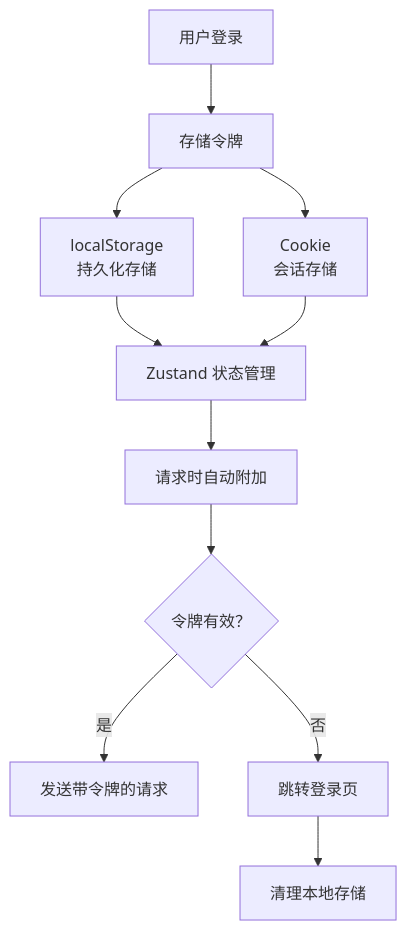
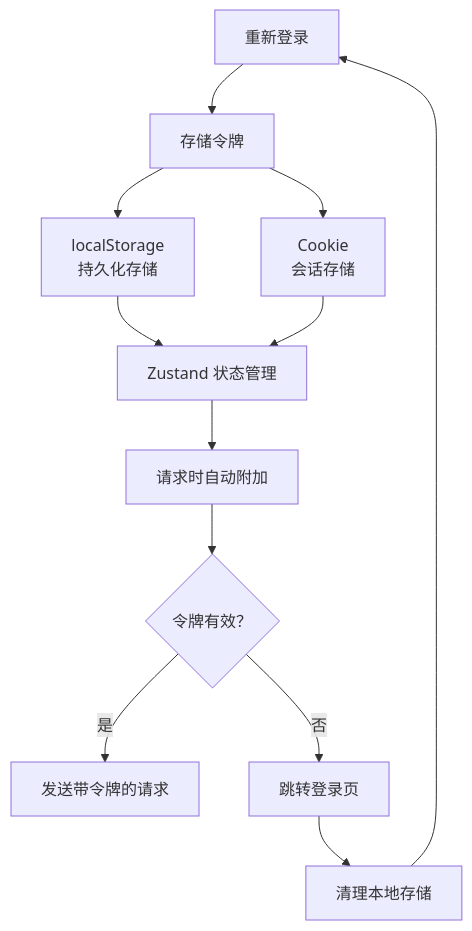
Before and after one commit to gujialind/InvestRing: the fourth of 9 diagrams in .qoder/repowiki/zh/content/前端应用架构/状态管理策略/API 客户端设计.md, drawn with Mermaid. The commit also changed other lines of this file and 65 other files, not shown here.

````diff
--- a/.qoder/repowiki/zh/content/前端应用架构/状态管理策略/API 客户端设计.md
+++ b/.qoder/repowiki/zh/content/前端应用架构/状态管理策略/API 客户端设计.md
@@ -230,13 +260,14 @@
 ```mermaid
 flowchart TD
 Login["用户登录"] --> StoreToken["存储令牌"]
 StoreToken --> LocalStorage["localStorage<br/>持久化存储"]
 StoreToken --> Cookie["Cookie<br/>会话存储"]
 LocalStorage --> AuthStore["Zustand 状态管理"]
 Cookie --> AuthStore
 AuthStore --> Request["请求时自动附加"]
 Request --> CheckToken{"令牌有效？"}
 CheckToken --> |是| SendRequest["发送带令牌的请求"]
 CheckToken --> |否| Redirect["跳转登录页"]
 Redirect --> ClearStorage["清理本地存储"]
+ClearStorage --> Login["重新登录"]
 ```
````
